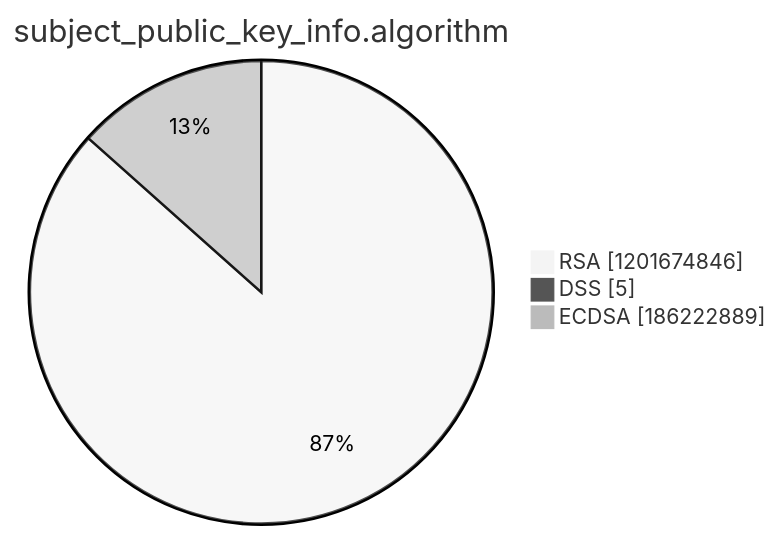
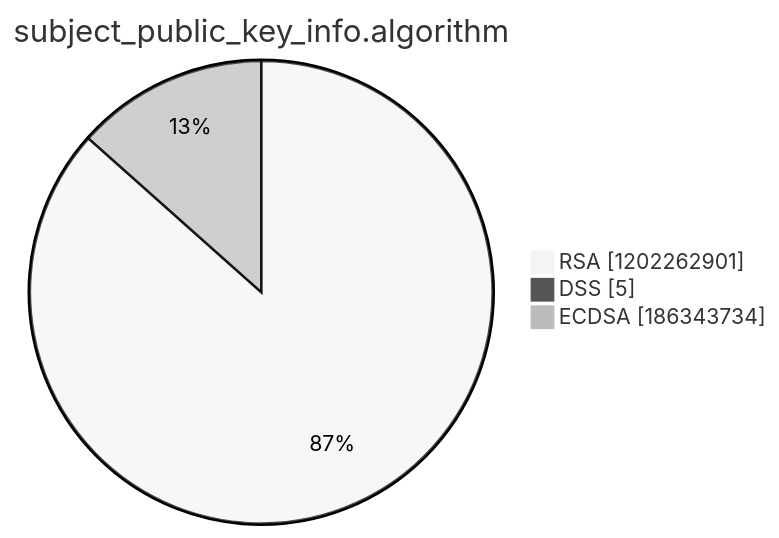
One commit to christiankrug/ctmonitor_visualization changed the third of 15 diagrams in argon2022/README.md. Above: the diagram before and after it, drawn with Mermaid (neutral theme). The commit also changed other lines of this file, not shown here.

````diff
--- a/argon2022/README.md
+++ b/argon2022/README.md
@@ -14,7 +14,7 @@
 ```mermaid
 pie showData
 title subject_public_key_info.algorithm
-"RSA" :1201674846
+"RSA" :1202262901
 "DSS" :5
-"ECDSA" :186222889
+"ECDSA" :186343734
 ```
````
